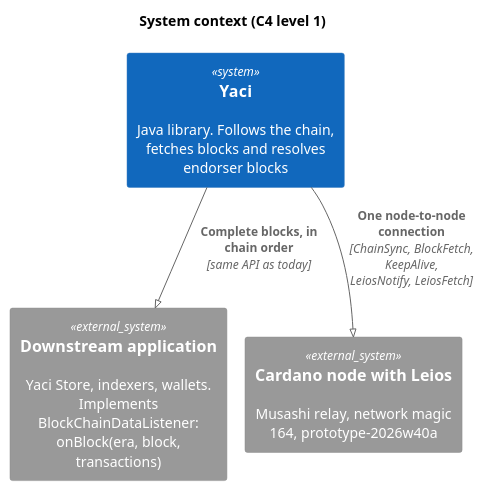
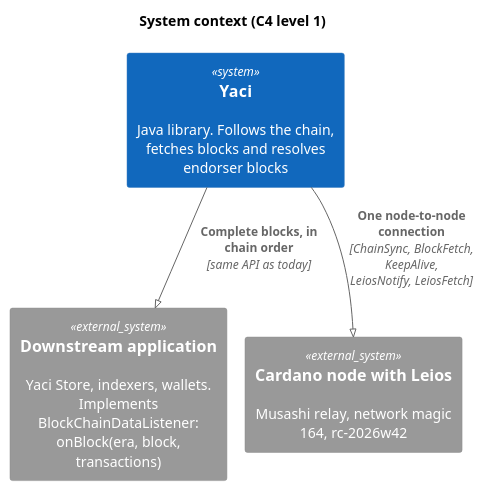
Before and after one commit to bloxbean/yaci: the diagram in docs/leios/diagrams/1-c4-context.puml, drawn with PlantUML. The commit also changed 53 other files, not shown here.

First line of the commit message:
feat(leios): re-pin to Musashi rc-2026w42

```diff
--- a/docs/leios/diagrams/1-c4-context.puml
+++ b/docs/leios/diagrams/1-c4-context.puml
@@ -1,13 +1,13 @@
 @startuml 1-c4-context
 !pragma layout smetana
 !include <C4/C4_Context>
 LAYOUT_TOP_DOWN()
 title System context (C4 level 1)
 
 System_Ext(app, "Downstream application", "Yaci Store, indexers, wallets. Implements BlockChainDataListener: onBlock(era, block, transactions)")
 System(yaci, "Yaci", "Java library. Follows the chain, fetches blocks and resolves endorser blocks")
-System_Ext(node, "Cardano node with Leios", "Musashi relay, network magic 164, prototype-2026w40a")
+System_Ext(node, "Cardano node with Leios", "Musashi relay, network magic 164, rc-2026w42")
 
 Rel(yaci, app, "Complete blocks, in chain order", "same API as today")
 Rel(yaci, node, "One node-to-node connection", "ChainSync, BlockFetch, KeepAlive, LeiosNotify, LeiosFetch")
 @enduml
```
